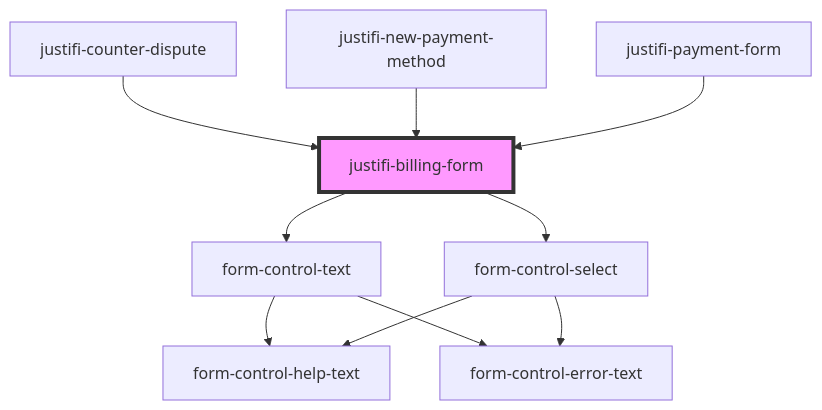
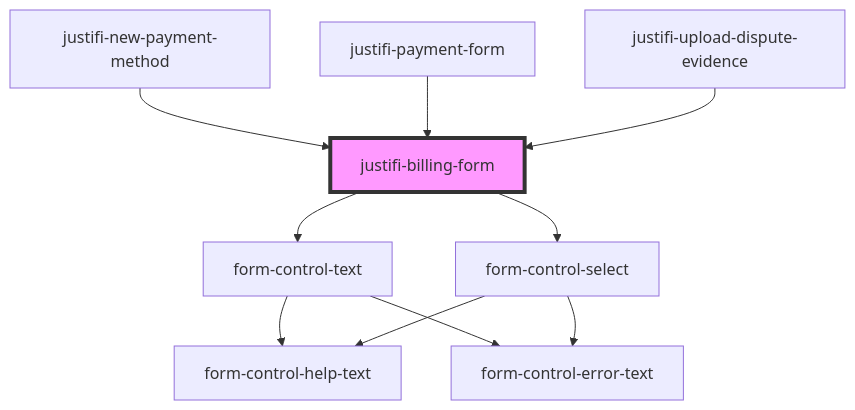
Before and after one commit to justifi-tech/web-component-library: the diagram in packages/webcomponents/src/components/billing-form/readme.md, drawn with Mermaid. The commit also changed other lines of this file and 2 other files, not shown here.

Commit message:
add ability to add evidence as single lines

````diff
--- a/packages/webcomponents/src/components/billing-form/readme.md
+++ b/packages/webcomponents/src/components/billing-form/readme.md
@@ -68,13 +68,13 @@
 ```mermaid
 graph TD;
   justifi-billing-form --> form-control-text
   justifi-billing-form --> form-control-select
   form-control-text --> form-control-help-text
   form-control-text --> form-control-error-text
   form-control-select --> form-control-help-text
   form-control-select --> form-control-error-text
-  justifi-counter-dispute --> justifi-billing-form
   justifi-new-payment-method --> justifi-billing-form
   justifi-payment-form --> justifi-billing-form
+  justifi-upload-dispute-evidence --> justifi-billing-form
   style justifi-billing-form fill:#f9f,stroke:#333,stroke-width:4px
 ```
````
